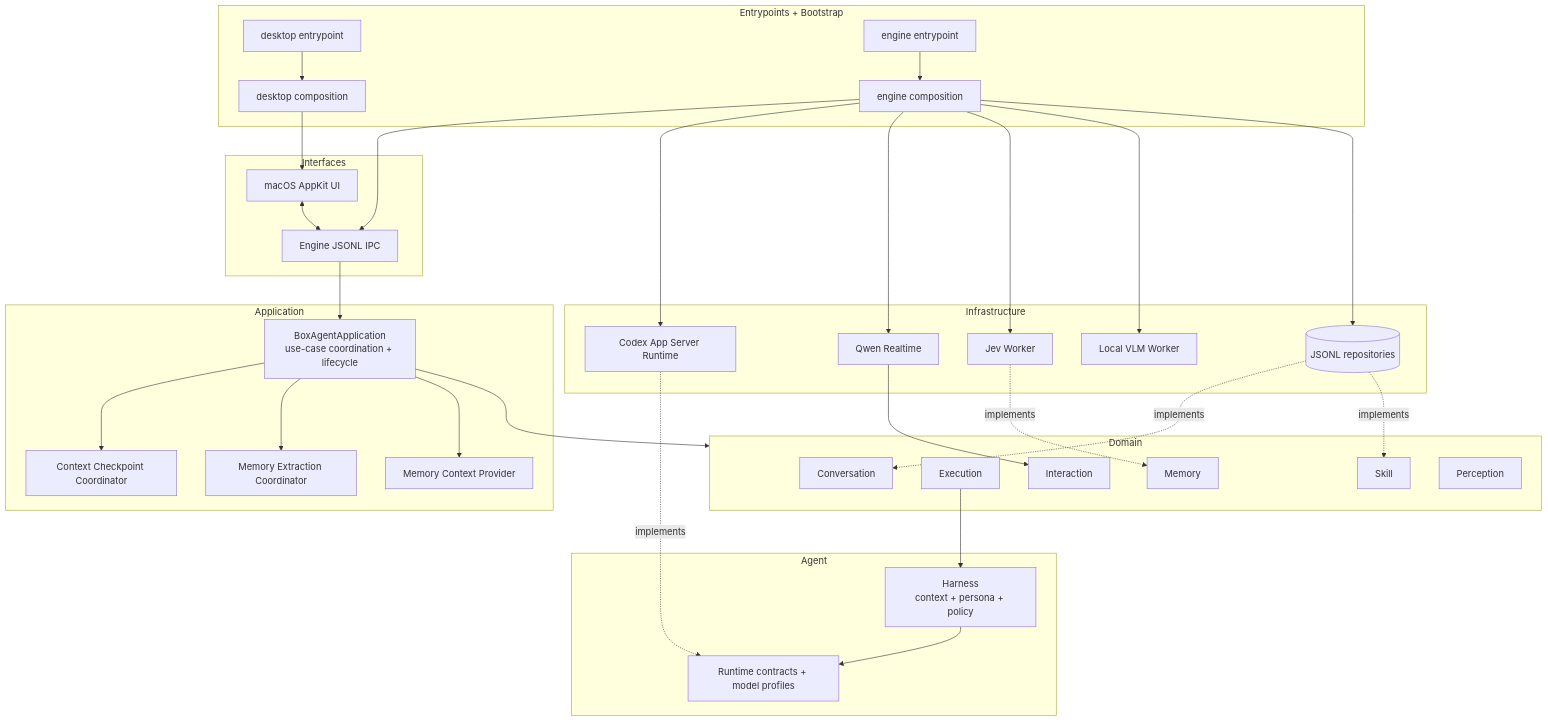
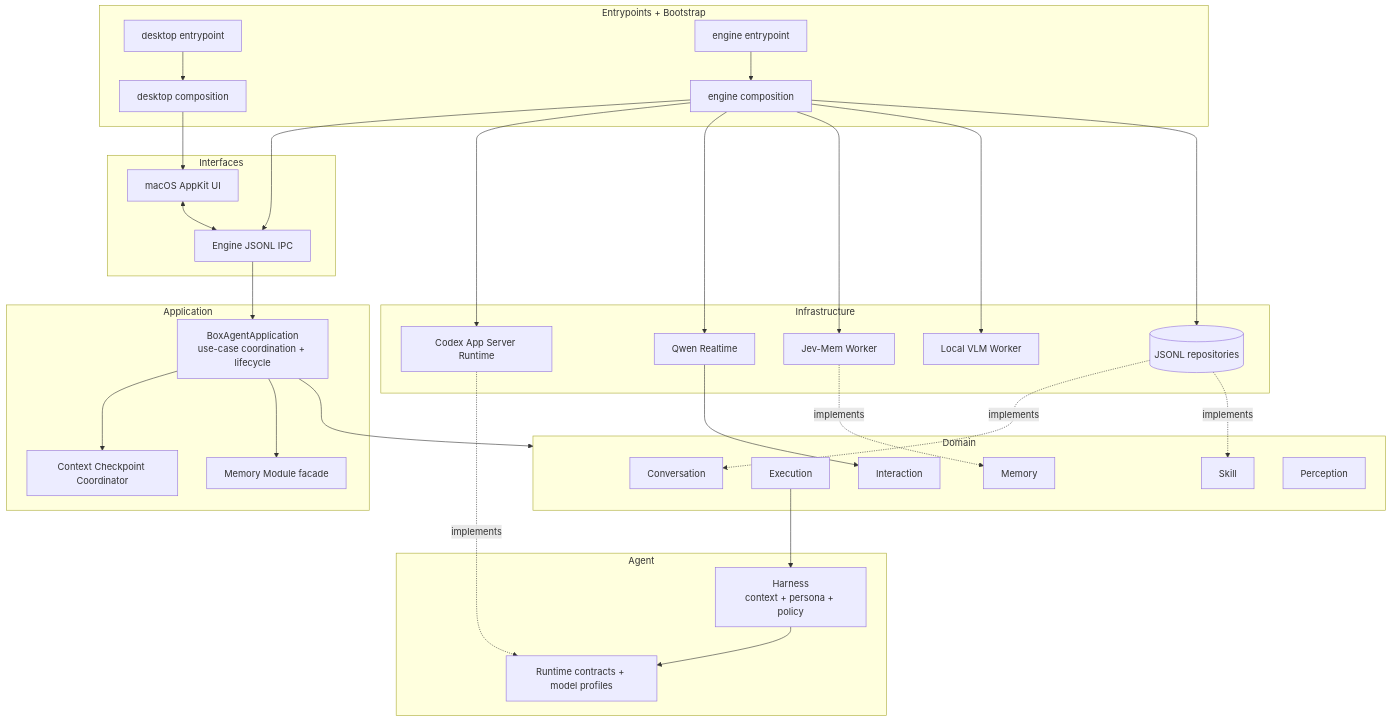
Before and after one commit to kono-dada/BoxAgent: the first of 4 diagrams in docs/BoxAgent-架构重构方案.md, drawn with Mermaid. The commit also changed other lines of this file and 166 other files, not shown here.

````diff
--- a/docs/BoxAgent-架构重构方案.md
+++ b/docs/BoxAgent-架构重构方案.md
@@ -115,63 +118,61 @@
 ```mermaid
 flowchart TB
     subgraph ENTRY[Entrypoints + Bootstrap]
         DESKTOP_ENTRY[desktop entrypoint]
         ENGINE_ENTRY[engine entrypoint]
         DESKTOP_BOOT[desktop composition]
         ENGINE_BOOT[engine composition]
     end
 
     subgraph INTERFACES[Interfaces]
         MACOS[macOS AppKit UI]
         IPC[Engine JSONL IPC]
     end
 
     subgraph APP[Application]
         ASSISTANT[BoxAgentApplication<br/>use-case coordination + lifecycle]
         CHECKPOINT[Context Checkpoint Coordinator]
-        EXTRACTION[Memory Extraction Coordinator]
-        MEMCTX[Memory Context Provider]
+        MEMORYAPP[Memory Module facade]
     end
 
     subgraph DOMAIN[Domain]
         CONV[Conversation]
         EXEC[Execution]
         INTERACT[Interaction]
         MEM[Memory]
         SKILL[Skill]
         PERCEPTION[Perception]
     end
 
     subgraph AGENT[Agent]
         HARNESS[Harness<br/>context + persona + policy]
         PORT[Runtime contracts + model profiles]
     end
 
     subgraph INFRA[Infrastructure]
         CODEX[Codex App Server Runtime]
         QWEN[Qwen Realtime]
-        JEV[Jev Worker]
+        JMEM[Jev-Mem Worker]
         VLM[Local VLM Worker]
         STORE[(JSONL repositories)]
     end
 
     DESKTOP_ENTRY --> DESKTOP_BOOT --> MACOS
     ENGINE_ENTRY --> ENGINE_BOOT --> IPC
     MACOS <--> IPC
     IPC --> ASSISTANT
     ASSISTANT --> CHECKPOINT
-    ASSISTANT --> EXTRACTION
-    ASSISTANT --> MEMCTX
+    ASSISTANT --> MEMORYAPP
     ASSISTANT --> DOMAIN
     EXEC --> HARNESS --> PORT
     ENGINE_BOOT --> CODEX
     ENGINE_BOOT --> QWEN
-    ENGINE_BOOT --> JEV
+    ENGINE_BOOT --> JMEM
     ENGINE_BOOT --> VLM
     ENGINE_BOOT --> STORE
     CODEX -. implements .-> PORT
     QWEN --> INTERACT
-    JEV -. implements .-> MEM
+    JMEM -. implements .-> MEM
     STORE -. implements .-> CONV
     STORE -. implements .-> SKILL
 ```
````
